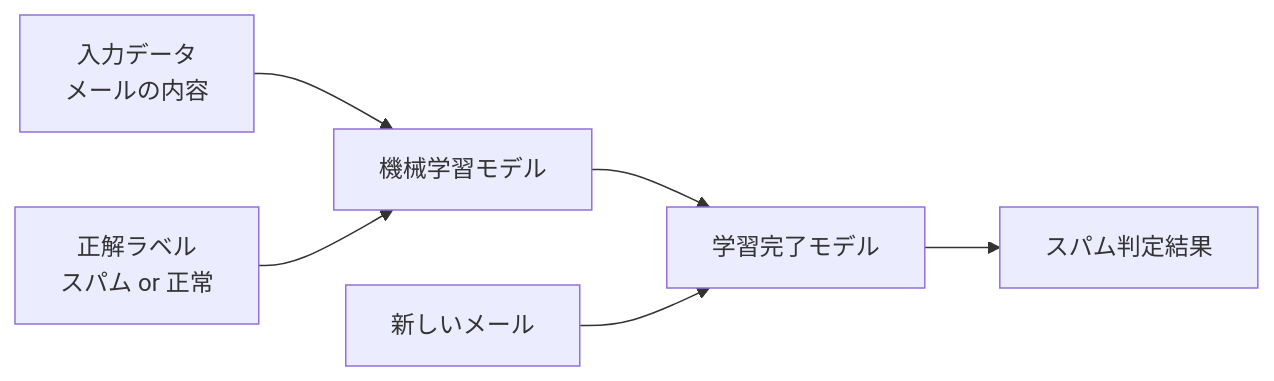
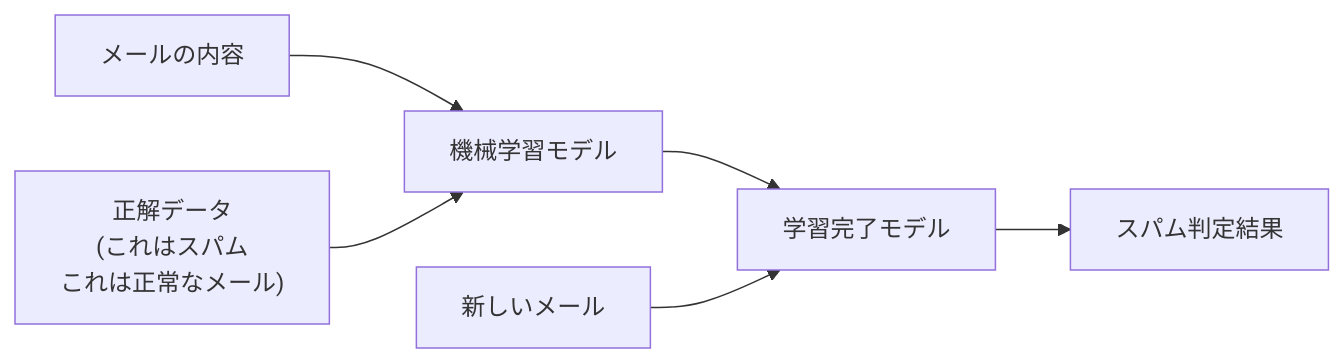
The second of 7 diagrams in book/pages/AIの種類.md (cyber-freaks-jp/AI_Driven_Development_Course), drawn with Mermaid before and after one commit. The commit also changed other lines of this file, not shown here.

````diff
--- a/book/pages/AIの種類.md
+++ b/book/pages/AIの種類.md
@@ -50,8 +50,8 @@
 ```mermaid
 graph LR
-    A[入力データ<br/>メールの内容] --> B[機械学習モデル]
-    C[正解ラベル<br/>スパム or 正常] --> B
+    A[メールの内容] --> B[機械学習モデル]
+    C["正解データ<br/>(これはスパム<br/>これは正常なメール)"] --> B
     B --> D[学習完了モデル]
     E[新しいメール] --> D
     D --> F[スパム判定結果]
 ```
````
